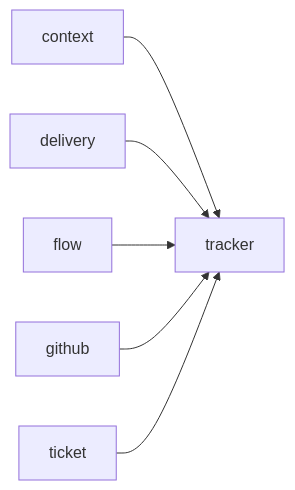
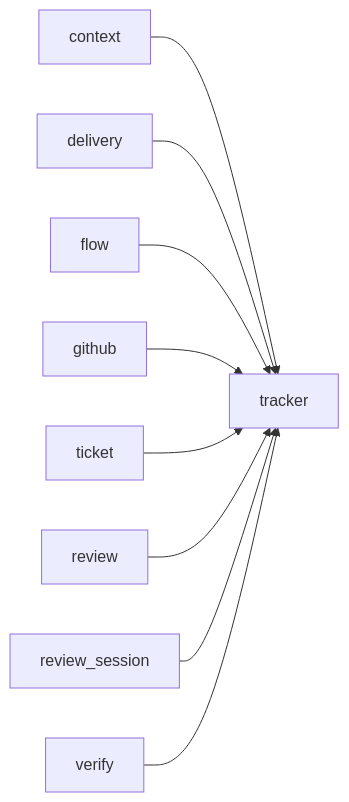
One commit to plaplanche/ariane changed the diagram in docs/architecture/modules/tracker.md. Above: the diagram before and after it, drawn with Mermaid. The commit also changed 25 other files, not shown here.

````diff
--- a/docs/architecture/modules/tracker.md
+++ b/docs/architecture/modules/tracker.md
@@ -17,8 +17,11 @@
 ```mermaid
 flowchart LR
   context --> tracker
   delivery --> tracker
   flow --> tracker
   github --> tracker
   ticket --> tracker
+  review --> tracker
+  review_session --> tracker
+  verify --> tracker
 ```
````
